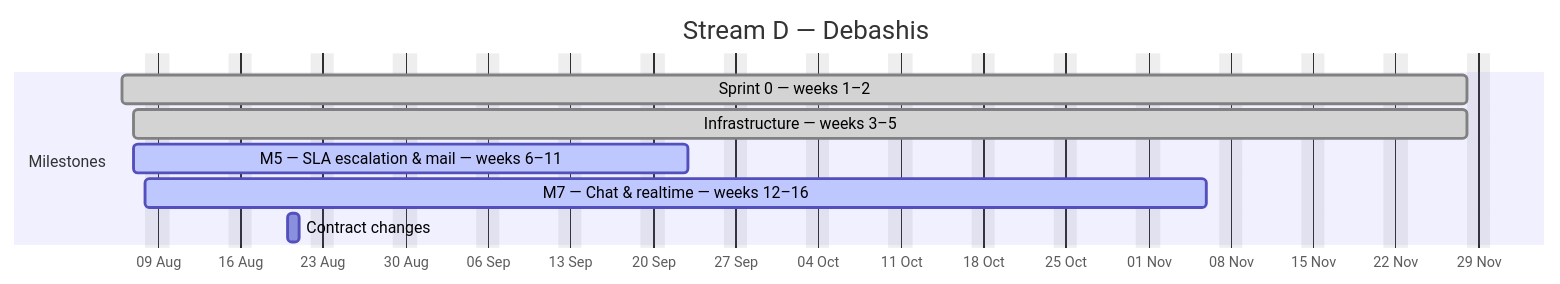
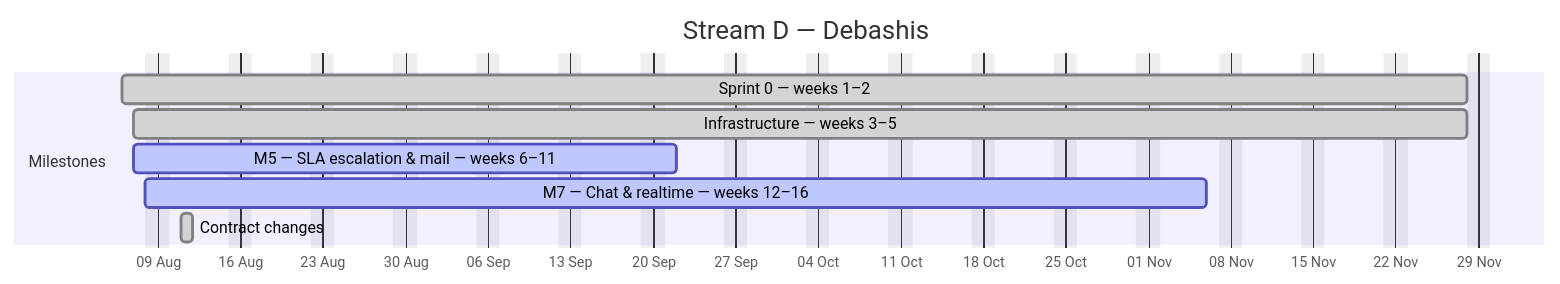
One commit to debashisedunext/EduTrack changed the fourth of 4 diagrams in docs/plan/GANTT.md. Above: the diagram before and after it, drawn with Mermaid. The commit also changed other lines of this file and 3 other files, not shown here.

````diff
--- a/docs/plan/GANTT.md
+++ b/docs/plan/GANTT.md
@@ -171,13 +166,13 @@
 ```mermaid
 gantt
     dateFormat YYYY-MM-DD
     axisFormat %d %b
     title Stream D — Debashis
     excludes weekends
     section Milestones
     Sprint 0 — weeks 1–2 :done, d0, 2026-08-06, 82d
     Infrastructure — weeks 3–5 :done, d1, 2026-08-07, 81d
-    M5 — SLA  escalation & mail — weeks 6–11 :active, d2, 2026-08-07, 33d
+    M5 — SLA  escalation & mail — weeks 6–11 :active, d2, 2026-08-07, 32d
     M7 — Chat & realtime — weeks 12–16 :active, d3, 2026-08-08, 65d
-    Contract changes :d4, 2026-08-20, 1d
+    Contract changes :done, d4, 2026-08-11, 1d
 ```
````
